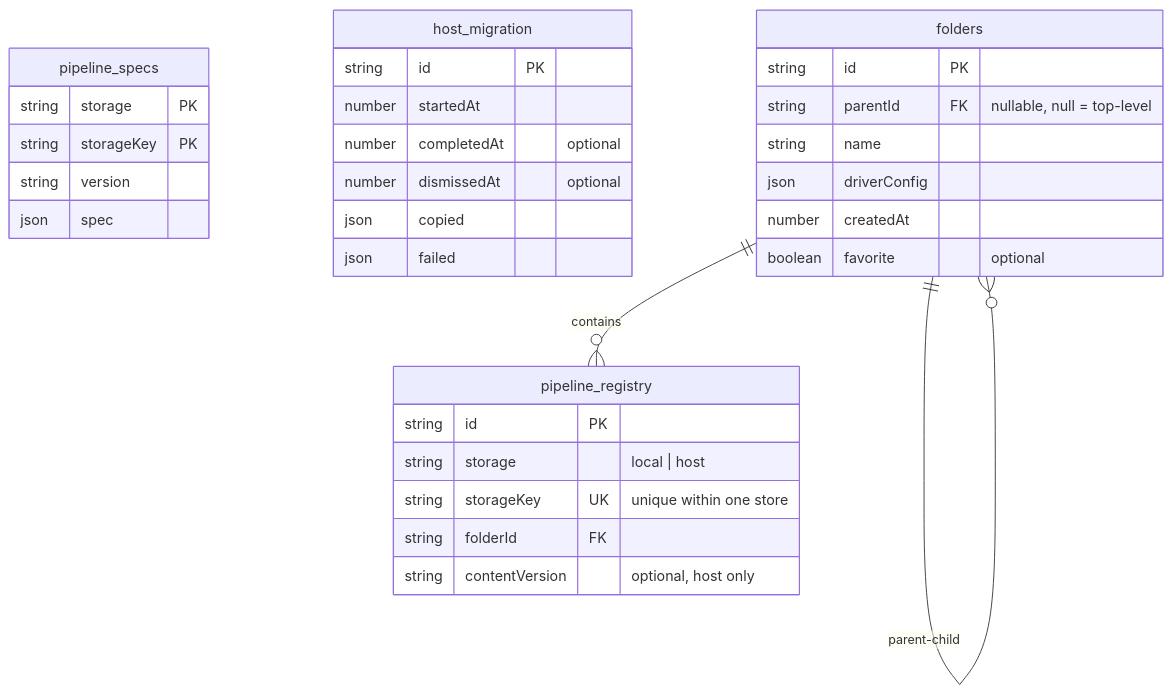
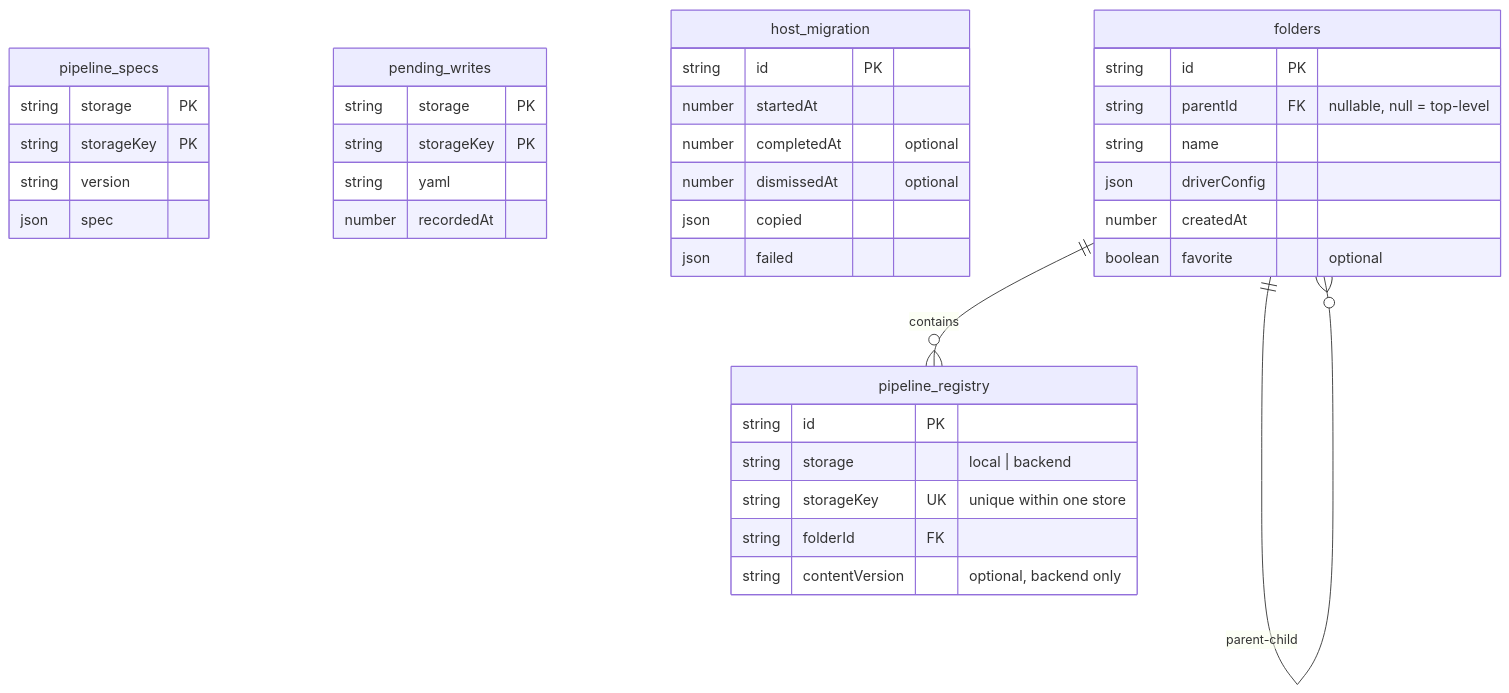
The third of 10 diagrams in src/services/pipelineStorage/ARCHITECTURE.md (TangleML/tangle-ui), drawn with Mermaid before and after one commit. The commit also changed other lines of this file, not shown here.

First line of the commit message:
docs(pipeline-storage): describe the store as the backend it now is

````diff
--- a/src/services/pipelineStorage/ARCHITECTURE.md
+++ b/src/services/pipelineStorage/ARCHITECTURE.md
@@ -250,38 +322,45 @@
 ```mermaid
 erDiagram
     pipeline_registry {
         string id PK
-        string storage "local | host"
+        string storage "local | backend"
         string storageKey UK "unique within one store"
         string folderId FK
-        string contentVersion "optional, host only"
+        string contentVersion "optional, backend only"
     }
 
     pipeline_specs {
         string storage PK
         string storageKey PK
         string version
         json spec
+    }
+
+    pending_writes {
+        string storage PK
+        string storageKey PK
+        string yaml
+        number recordedAt
     }
 
     host_migration {
         string id PK
         number startedAt
         number completedAt "optional"
         number dismissedAt "optional"
         json copied
         json failed
     }
 
     folders {
         string id PK
         string parentId FK "nullable, null = top-level"
         string name
         json driverConfig
         number createdAt
         boolean favorite "optional"
     }
 
     folders ||--o{ pipeline_registry : "contains"
     folders ||--o{ folders : "parent-child"
 ```
````
